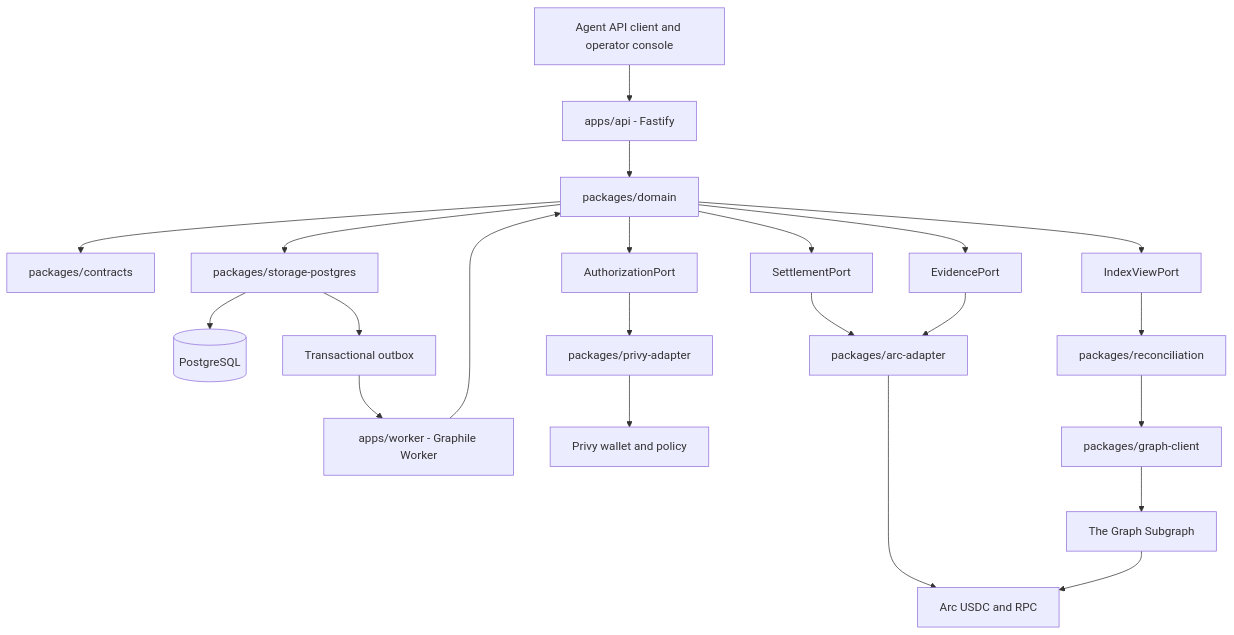
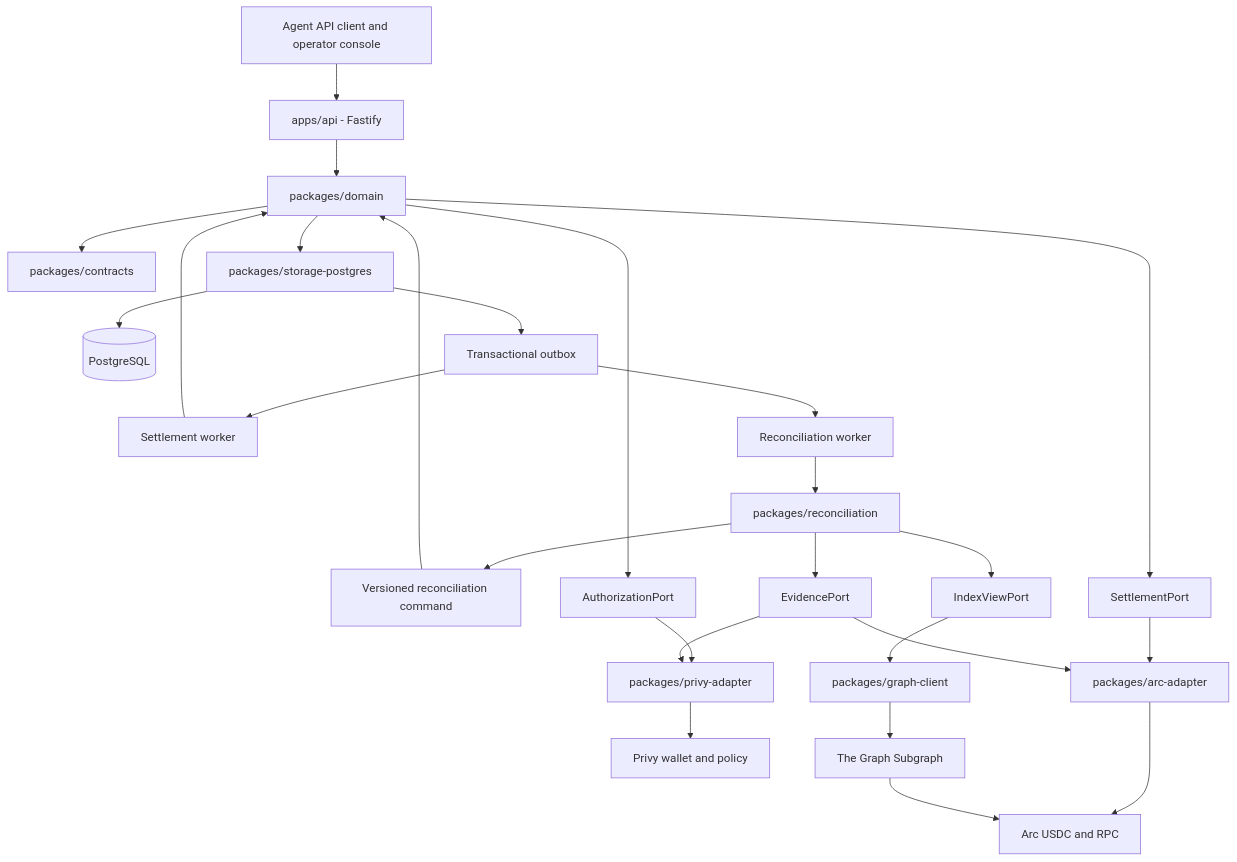
The second of 3 diagrams in plan.md (SWOFART/OneShot), drawn with Mermaid before and after one commit. The commit also changed other lines of this file and 2 other files, not shown here.

Commit message:
docs(plan): fix recovery diagrams

````diff
--- a/plan.md
+++ b/plan.md
@@ -180,27 +182,31 @@
 ```mermaid
 flowchart TB
     Clients[Agent API client and operator console] --> API[apps/api - Fastify]
     API --> Domain[packages/domain]
     Domain --> Contracts[packages/contracts]
     Domain --> Storage[packages/storage-postgres]
     Storage --> DB[(PostgreSQL)]
     Storage --> Outbox[Transactional outbox]
-    Outbox --> Worker[apps/worker - Graphile Worker]
+    Outbox --> Worker[Settlement worker]
+    Outbox --> RecoveryWorker[Reconciliation worker]
     Worker --> Domain
+    RecoveryWorker --> Reconciliation[packages/reconciliation]
+    Reconciliation --> Command[Versioned reconciliation command]
+    Command --> Domain
 
     Domain --> AuthPort[AuthorizationPort]
     Domain --> SettlementPort[SettlementPort]
-    Domain --> EvidencePort[EvidencePort]
-    Domain --> IndexPort[IndexViewPort]
+    Reconciliation --> EvidencePort[EvidencePort]
+    Reconciliation --> IndexPort[IndexViewPort]
 
     AuthPort --> PrivyAdapter[packages/privy-adapter]
     SettlementPort --> ArcAdapter[packages/arc-adapter]
+    EvidencePort --> PrivyAdapter
     EvidencePort --> ArcAdapter
+    IndexPort --> GraphClient[packages/graph-client]
+
     PrivyAdapter --> Privy[Privy wallet and policy]
     ArcAdapter --> Arc[Arc USDC and RPC]
-
-    IndexPort --> Reconciliation[packages/reconciliation]
-    Reconciliation --> GraphClient[packages/graph-client]
     GraphClient --> Subgraph[The Graph Subgraph]
     Subgraph --> Arc
 ```
````
